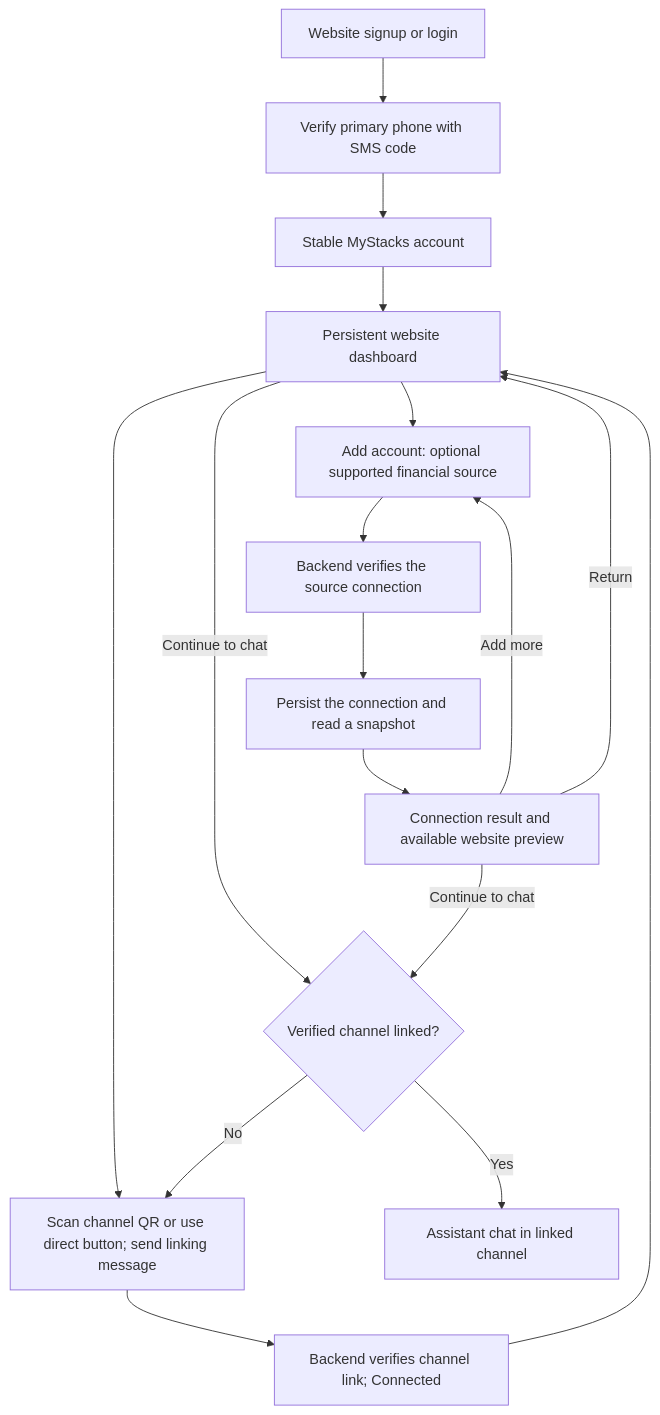
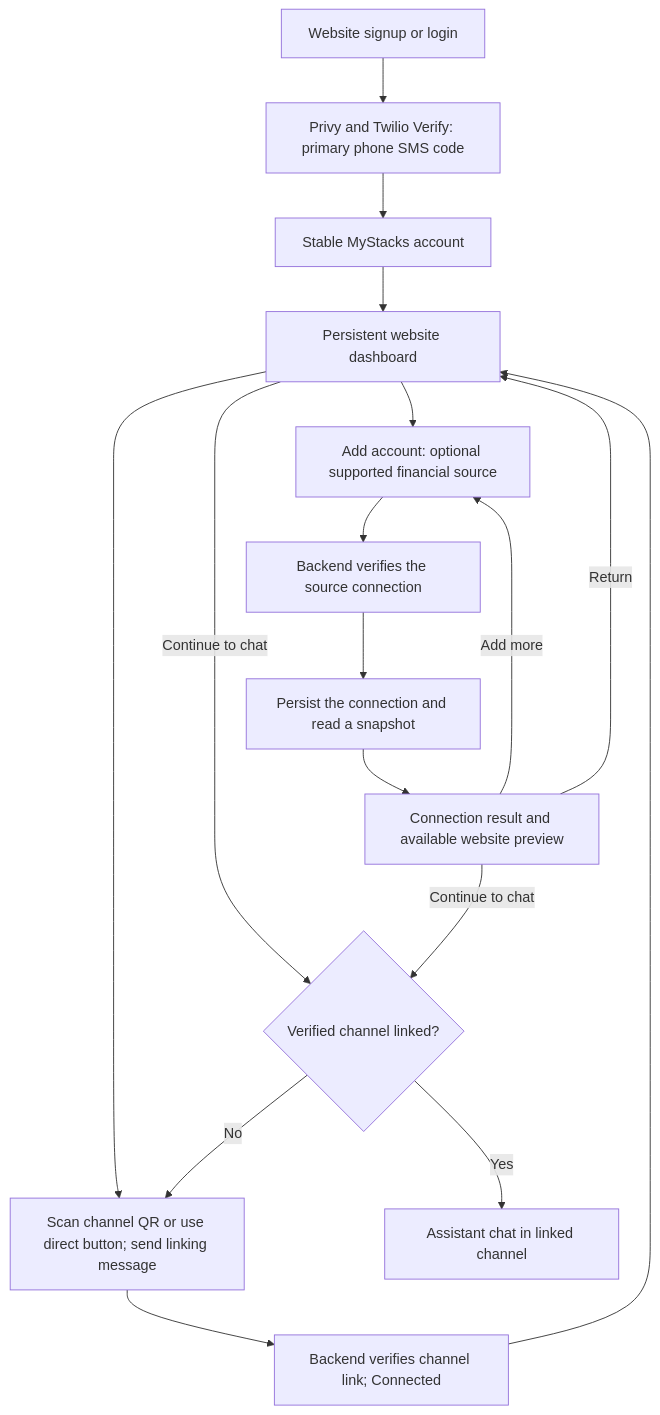
One commit to hsignals/ms-agentic-be changed the diagram in docs/design/onboarding.md. Above: the diagram before and after it, drawn with Mermaid. The commit also changed other lines of this file and 36 other files, not shown here.

````diff
--- a/docs/design/onboarding.md
+++ b/docs/design/onboarding.md
@@ -21,19 +21,19 @@
 ```mermaid
 flowchart TD
-    U["Website signup or login"] --> A["Verify primary phone with SMS code"]
+    U["Website signup or login"] --> A["Privy and Twilio Verify: primary phone SMS code"]
     A --> M["Stable MyStacks account"]
     M --> D["Persistent website dashboard"]
     D --> C["Add account: optional supported financial source"]
     D --> L["Scan channel QR or use direct button; send linking message"]
     L --> K["Backend verifies channel link; Connected"]
     K --> D
     C --> V["Backend verifies the source connection"]
     V --> F["Persist the connection and read a snapshot"]
     F --> P["Connection result and available website preview"]
     P -->|Add more| C
     P -->|Return| D
     D -->|Continue to chat| G{"Verified channel linked?"}
     P -->|Continue to chat| G
     G -->|No| L
     G -->|Yes| N["Assistant chat in linked channel"]
 ```
````
